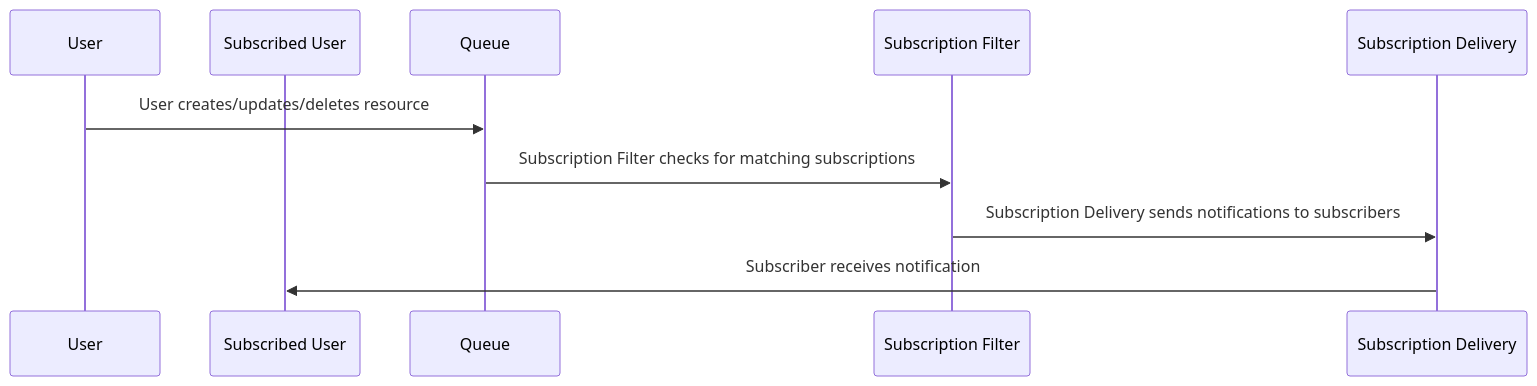
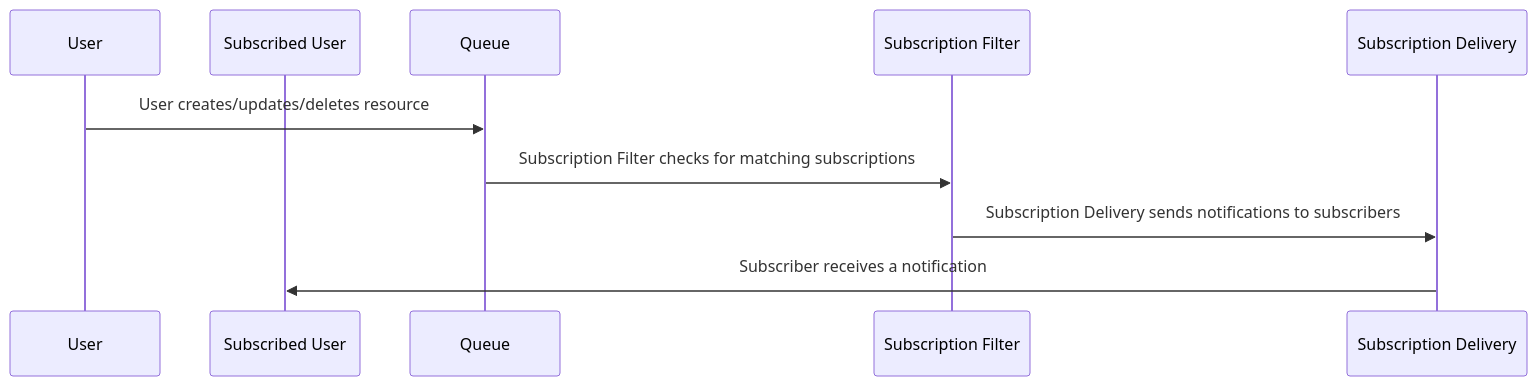
One commit to HasteHealth/HasteHealth changed the diagram in frontend/packages/website/docs/rfc/proposals/fhir_r4_subscriptions.mdx. Above: the diagram before and after it, drawn with Mermaid. The commit also changed other lines of this file, not shown here.

````diff
--- a/frontend/packages/website/docs/rfc/proposals/fhir_r4_subscriptions.mdx
+++ b/frontend/packages/website/docs/rfc/proposals/fhir_r4_subscriptions.mdx
@@ -40,14 +40,14 @@
 ```mermaid
 sequenceDiagram
     participant User as User
     participant SubscribedUser as Subscribed User
     participant Queue as Queue
     participant SubscriptionFilter as Subscription Filter
     participant SubscriptionDelivery as Subscription Delivery
 
 
     User->>Queue: User creates/updates/deletes resource
     Queue->>SubscriptionFilter: Subscription Filter checks for matching subscriptions
     SubscriptionFilter->>SubscriptionDelivery: Subscription Delivery sends notifications to subscribers
-    SubscriptionDelivery->>SubscribedUser: Subscriber receives notification
+    SubscriptionDelivery->>SubscribedUser: Subscriber receives a notification
 ```
````
